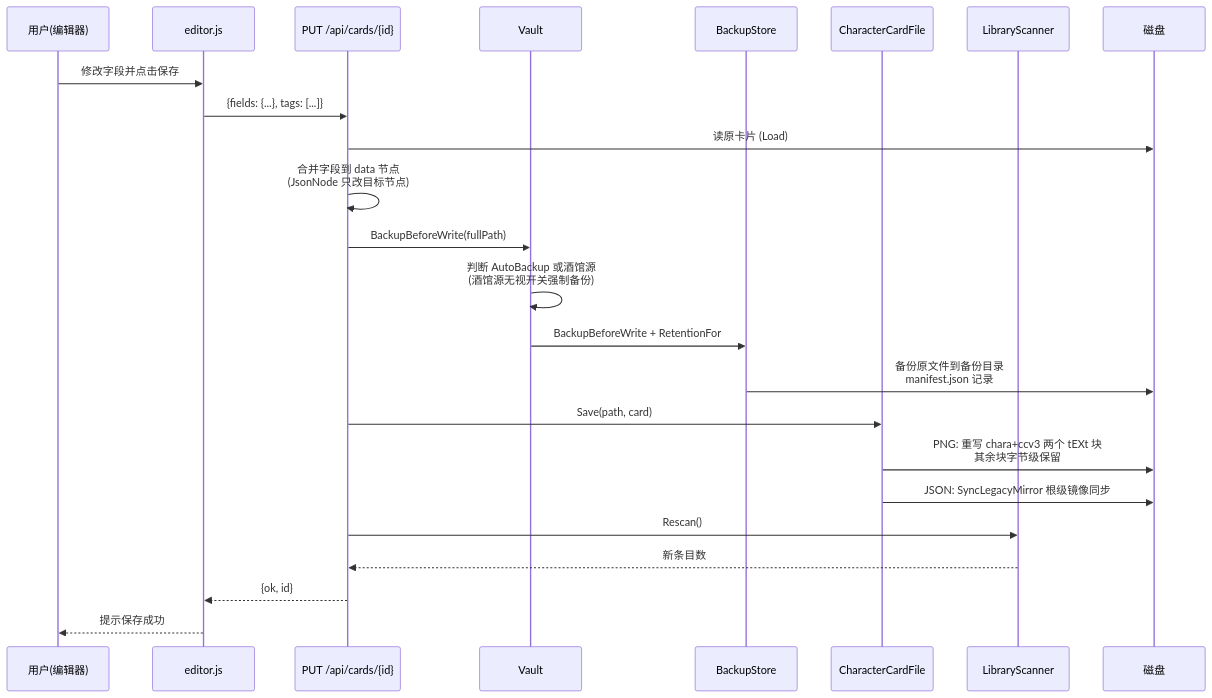
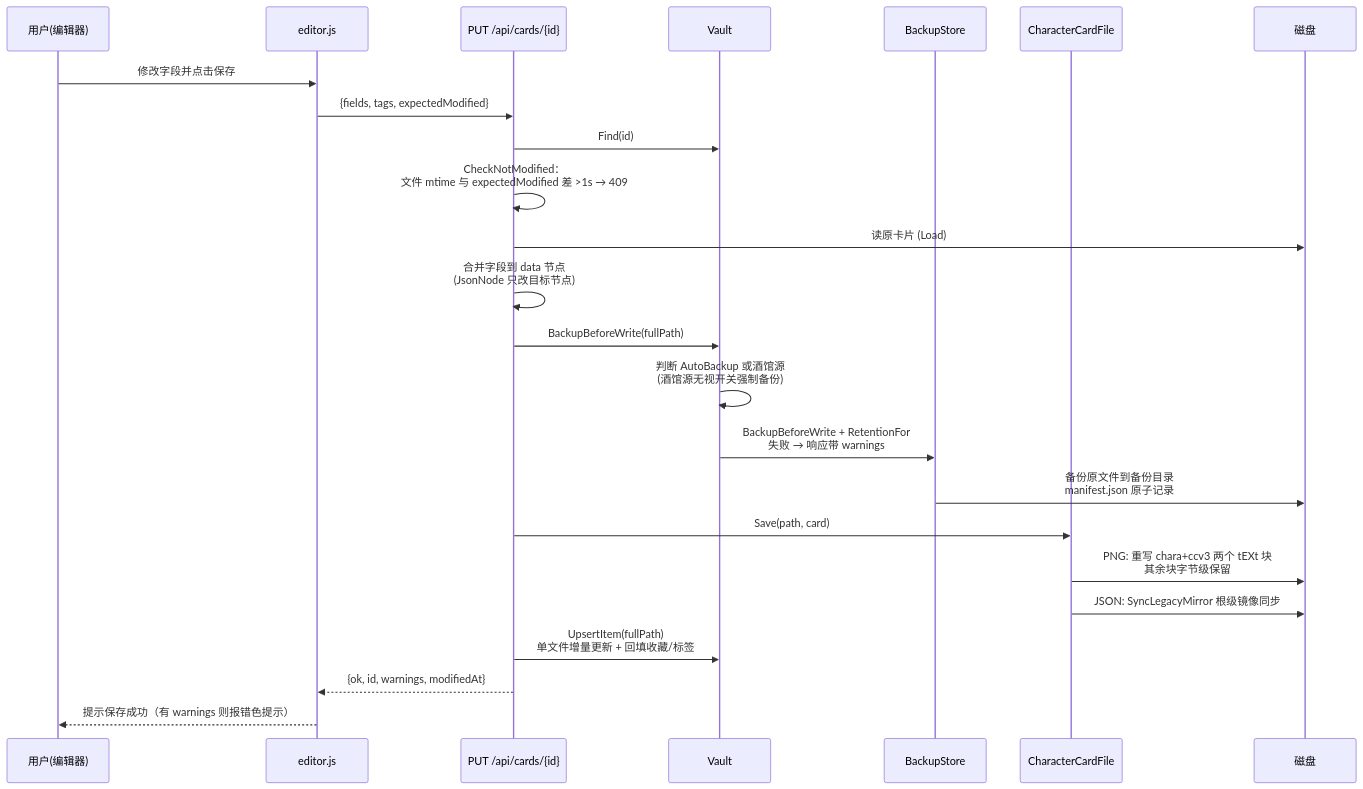
Before and after one commit to minekurs53-cmd/TavernVault: the third of 12 diagrams in docs/architecture-visualization.md, drawn with Mermaid. The commit also changed other lines of this file and 20 other files, not shown here.

````diff
--- a/docs/architecture-visualization.md
+++ b/docs/architecture-visualization.md
@@ -81,27 +81,27 @@
 ```mermaid
 sequenceDiagram
     participant U as 用户(编辑器)
     participant F as editor.js
     participant A as PUT /api/cards/{id}
     participant V as Vault
     participant B as BackupStore
     participant C as CharacterCardFile
-    participant S as LibraryScanner
     participant D as 磁盘
 
     U->>F: 修改字段并点击保存
-    F->>A: {fields: {...}, tags: [...]}
+    F->>A: {fields, tags, expectedModified}
+    A->>V: Find(id)
+    A->>A: CheckNotModified：<br/>文件 mtime 与 expectedModified 差 >1s → 409
     A->>D: 读原卡片 (Load)
     A->>A: 合并字段到 data 节点<br/>(JsonNode 只改目标节点)
     A->>V: BackupBeforeWrite(fullPath)
     V->>V: 判断 AutoBackup 或酒馆源<br/>(酒馆源无视开关强制备份)
-    V->>B: BackupBeforeWrite + RetentionFor
-    B->>D: 备份原文件到备份目录<br/>manifest.json 记录
+    V->>B: BackupBeforeWrite + RetentionFor<br/>失败 → 响应带 warnings
+    B->>D: 备份原文件到备份目录<br/>manifest.json 原子记录
     A->>C: Save(path, card)
     C->>D: PNG: 重写 chara+ccv3 两个 tEXt 块<br/>其余块字节级保留
     C->>D: JSON: SyncLegacyMirror 根级镜像同步
-    A->>S: Rescan()
-    S-->>A: 新条目数
-    A-->>F: {ok, id}
-    F-->>U: 提示保存成功
+    A->>V: UpsertItem(fullPath)<br/>单文件增量更新 + 回填收藏/标签
+    A-->>F: {ok, id, warnings, modifiedAt}
+    F-->>U: 提示保存成功（有 warnings 则报错色提示）
 ```
````
